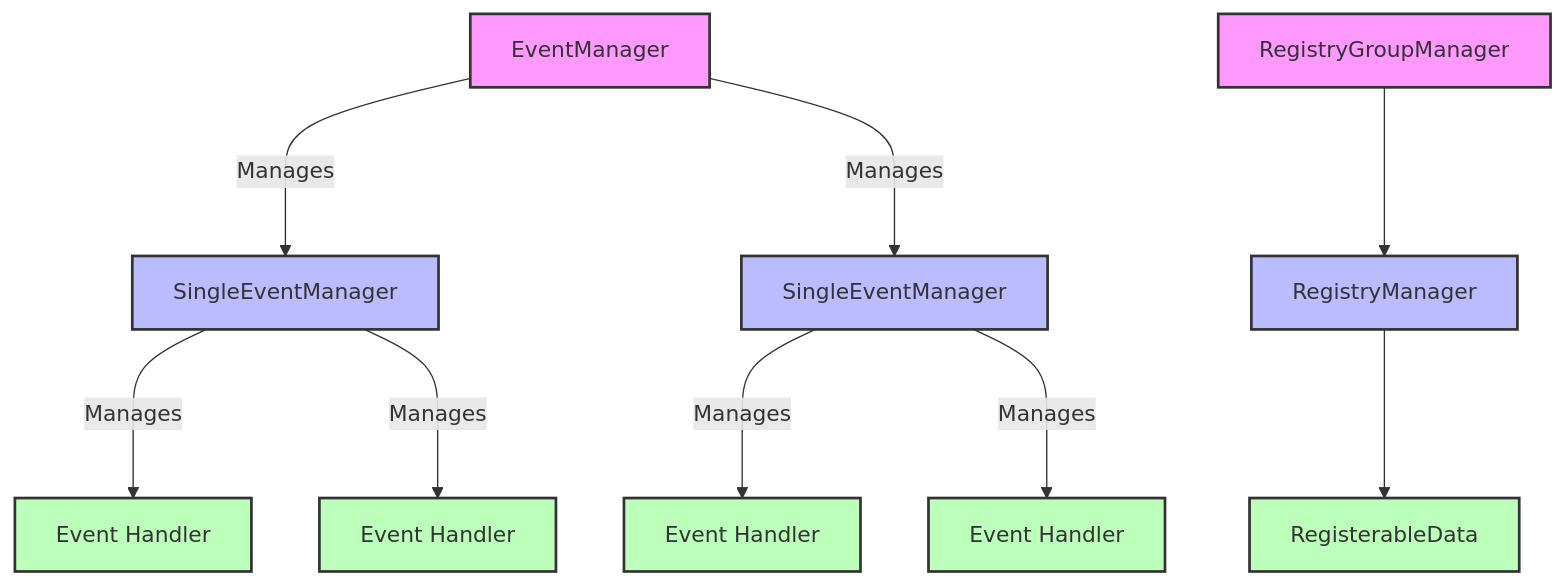
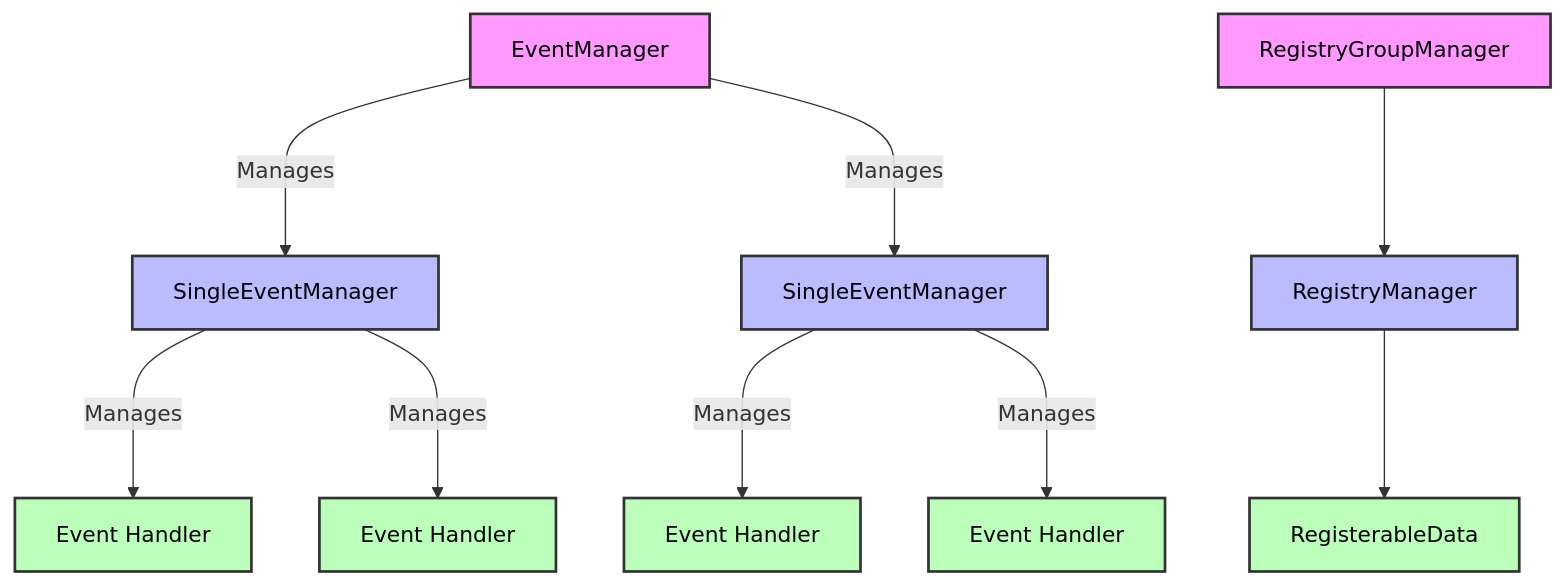
Before and after one commit to RRSS-Reader/RRSS-Backend: the diagram in docs/dev/reg_mgr.md, drawn with Mermaid. The commit also changed other lines of this file and 1 other file, not shown here.

Commit message:
docs(reg_mgr): Update registry manager docs

````diff
--- a/docs/dev/reg_mgr.md
+++ b/docs/dev/reg_mgr.md
@@ -26,21 +26,21 @@
 ```mermaid
 graph TD
 
   A[EventManager] --->|Manages| B[SingleEventManager]
   B --->|Manages| C[Event Handler]
   B --->|Manages| G[Event Handler]
   A --->|Manages| D[SingleEventManager]
   D --->|Manages| E[Event Handler]
   D --->|Manages| F[Event Handler]
 
   RegistryGroupManager ---> RegistryManager
   RegistryManager ---> RegisterableData
 
-  classDef eventManager fill:#f9f,stroke:#333,stroke-width:2px;
-  classDef singleEventManager fill:#bbf,stroke:#333,stroke-width:2px;
-  classDef eventHandler fill:#bfb,stroke:#333,stroke-width:2px;
+  classDef eventManager fill:#f9f,stroke:#333,stroke-width:2px,color:#000;
+  classDef singleEventManager fill:#bbf,stroke:#333,stroke-width:2px,color:#000;
+  classDef eventHandler fill:#bfb,stroke:#333,stroke-width:2px,color:#000;
 
   class A,RegistryGroupManager eventManager;
   class B,D,RegistryManager singleEventManager;
   class C,E,F,G,RegisterableData eventHandler;
 ```
````
